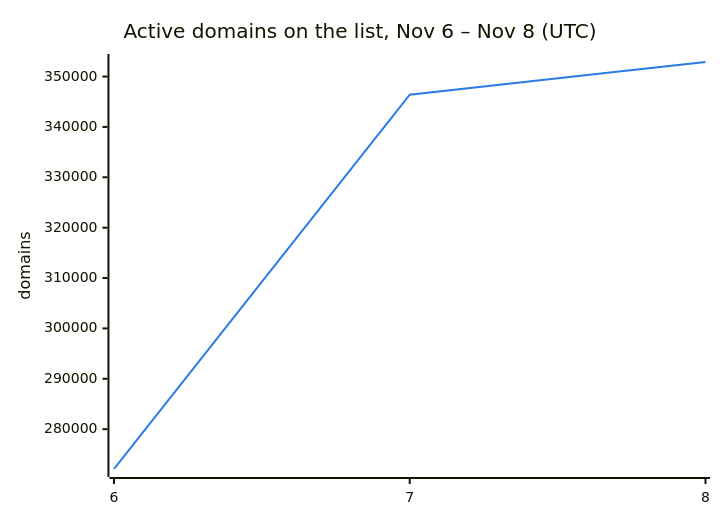
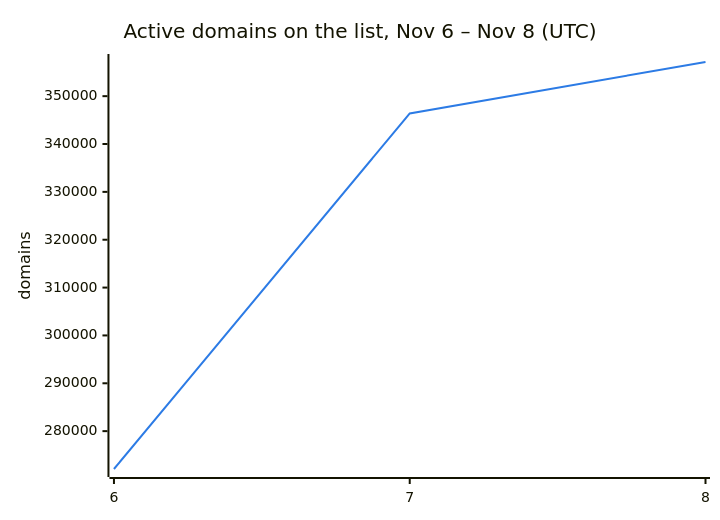
The second of 3 diagrams in README.md (DNSBunker/CTI), drawn with Mermaid before and after one commit. The commit also changed other lines of this file and 3 other files, not shown here.

````diff
--- a/README.md
+++ b/README.md
@@ -38,8 +38,8 @@
 ```mermaid
 %%{init: {"themeVariables": {"xyChart": {"plotColorPalette": "#2c7be5"}}}}%%
 xychart-beta
     title "Active domains on the list, Nov 6 – Nov 8 (UTC)"
     x-axis ["6", "7", "8"]
     y-axis "domains"
-    line [272088, 346388, 352890]
+    line [272088, 346388, 357140]
 ```
````
